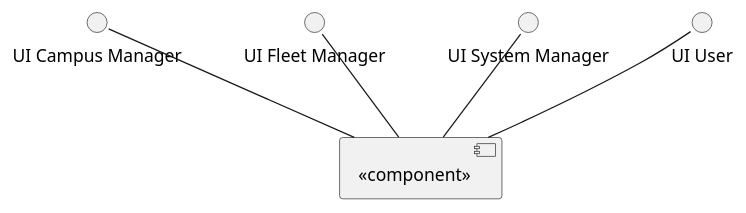
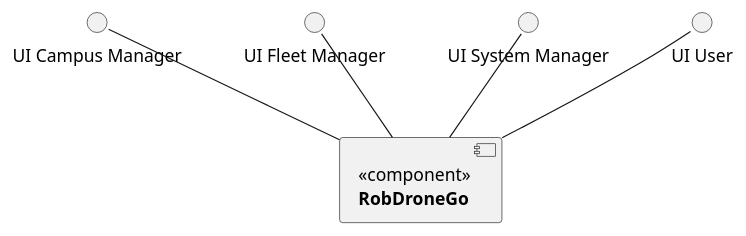
Before and after one commit to Pedro-Pereira1/sem5pi_23_24_g056: the diagram in docs/Level_1/Diagrams/LogicalView.puml, drawn with PlantUML. The commit also changed 1 other file, not shown here.

```diff
--- a/docs/Level_1/Diagrams/LogicalView.puml
+++ b/docs/Level_1/Diagrams/LogicalView.puml
@@ -1,17 +1,18 @@
 @startuml
 
-interface "UI Campus Manager" as CM
-interface "UI Fleet Manager" as FM
-interface "UI System Manager" as SM
-interface "UI User" as U
+() "UI Campus Manager" as CM
+() "UI Fleet Manager" as FM
+() "UI System Manager" as SM
+() "UI User" as U
 
-component <<component>> {
+component RDG [
+  <<component>>
+  **RobDroneGo**
+]
 
-}
-
-CM -d- [<<component>>]
-FM -d- [<<component>>]
-SM -d- [<<component>>]
-U  -d- [<<component>>]
+CM -d- RDG
+FM -d- RDG
+SM -d- RDG
+U  -d- RDG
 
 @enduml
```
